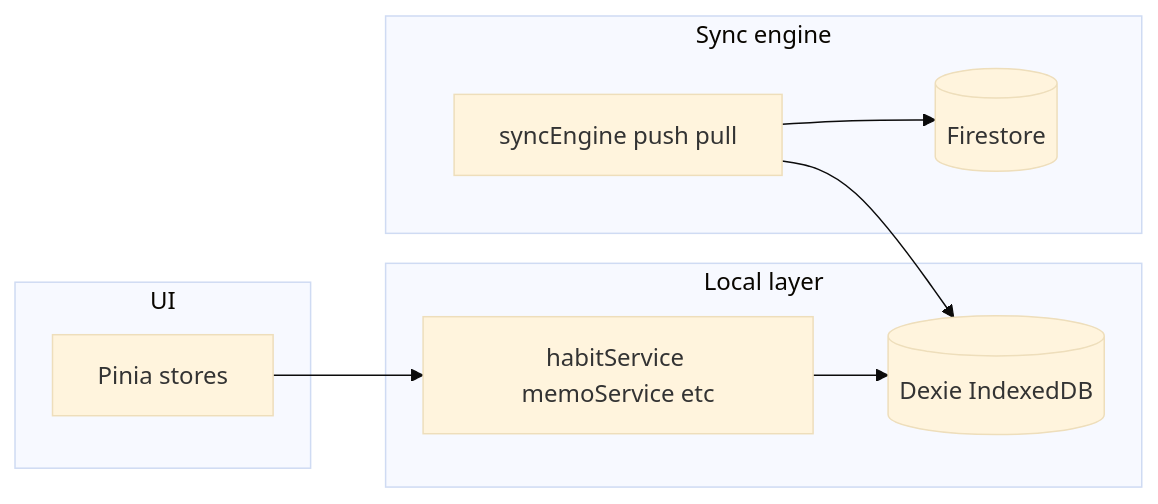
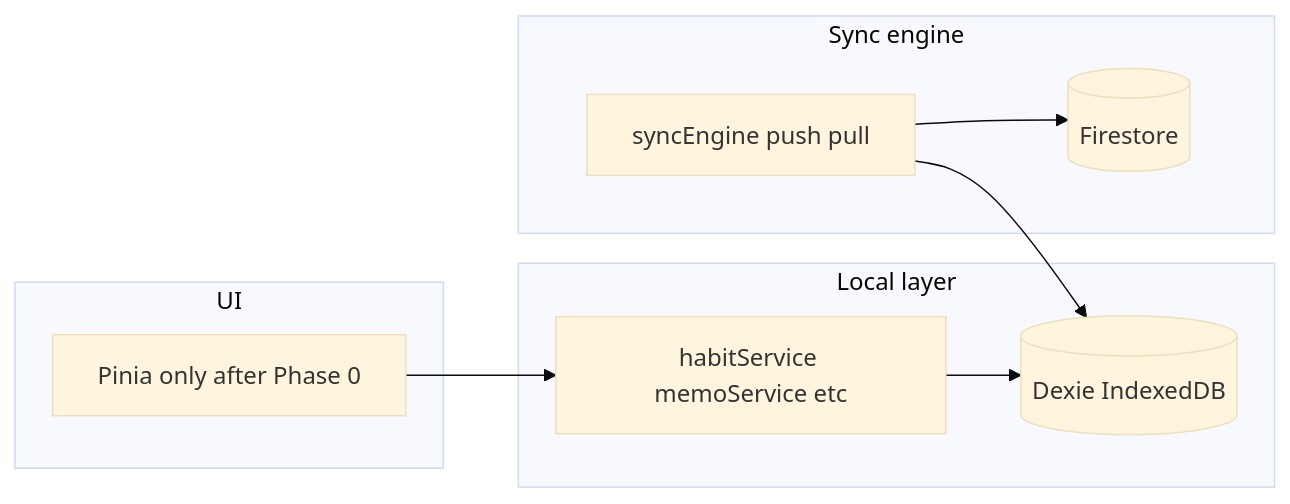
Before and after one commit to ikmalrasli/bitbybit: the diagram in .cursor/plans/firestore_lww_sync_cd64c2ca.plan.md, drawn with Mermaid (base theme). The commit also changed other lines of this file, not shown here.

Commit message:
added phase 0 - remove vuex

````diff
--- a/.cursor/plans/firestore_lww_sync_cd64c2ca.plan.md
+++ b/.cursor/plans/firestore_lww_sync_cd64c2ca.plan.md
@@ -50,17 +70,17 @@
 ```mermaid
 flowchart LR
   subgraph ui [UI]
-    Pinia[Pinia stores]
+    Pinia[Pinia only after Phase 0]
   end
   subgraph local [Local layer]
     Svc[habitService memoService etc]
     Dexie[(Dexie IndexedDB)]
   end
   subgraph sync [Sync engine]
     Engine[syncEngine push pull]
     FS[(Firestore)]
   end
   Pinia --> Svc --> Dexie
   Engine --> Dexie
   Engine --> FS
 ```
````
